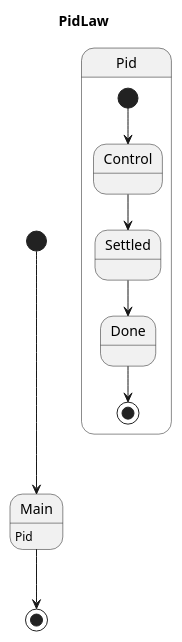
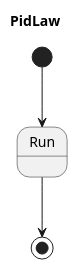
One commit to Pastor/Takt changed the diagram in examples/generated/plantuml/pid_law.puml. Above: the diagram before and after it, drawn with PlantUML. The commit also changed 28 other files, not shown here.

```diff
--- a/examples/generated/plantuml/pid_law.puml
+++ b/examples/generated/plantuml/pid_law.puml
@@ -1,15 +1,7 @@
 @startuml
 title PidLaw
 
-[*] --> Main
-Main : Pid
-Main --> [*]
-
-state Pid {
-    [*] --> Control
-    Control --> Settled
-    Done --> [*]
-    Settled --> Done
-}
+[*] --> Run
+Run --> [*]
 
 @enduml
```
